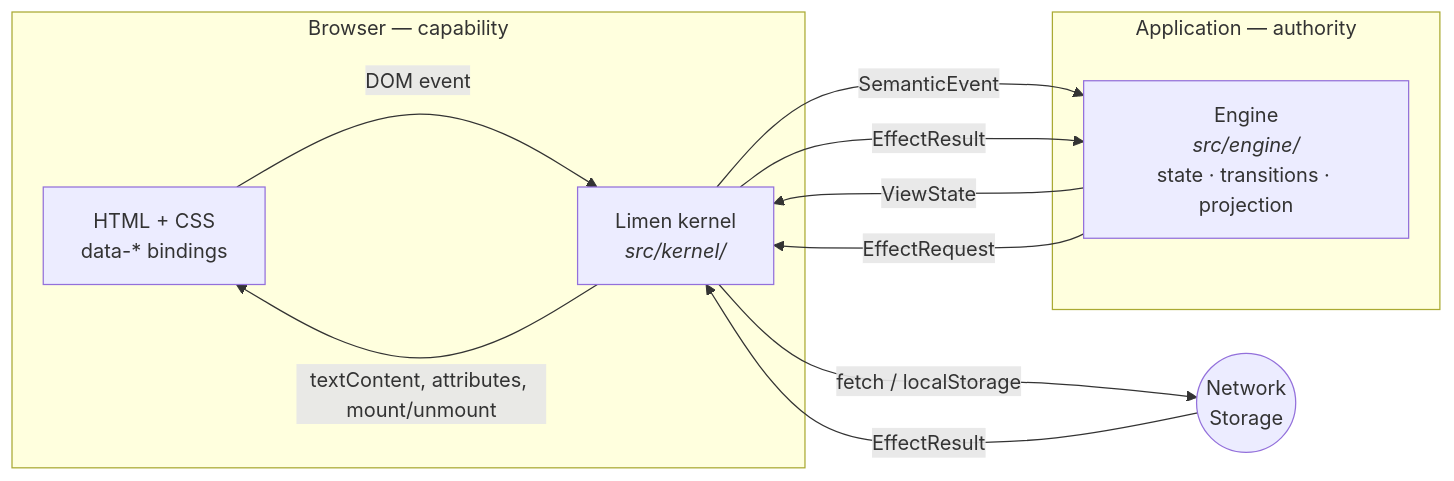
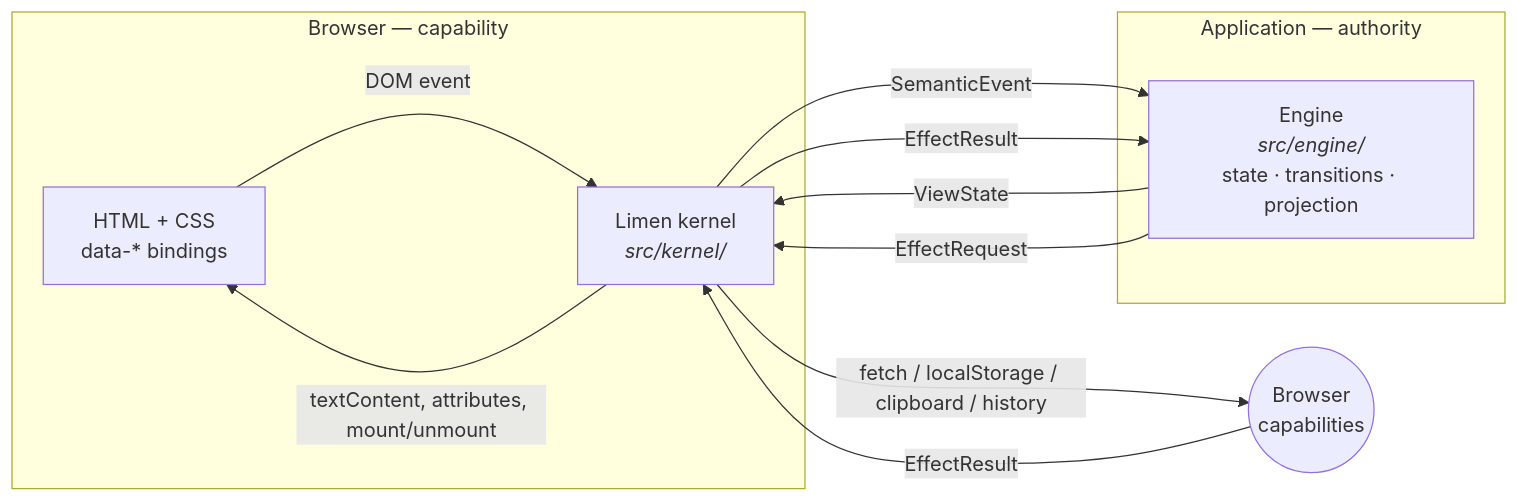
The diagram in README.md (kemiller2002/limen), drawn with Mermaid before and after one commit. The commit also changed other lines of this file and 46 other files, not shown here.

````diff
--- a/README.md
+++ b/README.md
@@ -45,19 +97,19 @@
 ```mermaid
 flowchart LR
     subgraph browser["Browser — capability"]
         DOM["HTML + CSS<br/>data-* bindings"]
         K["Limen kernel<br/><i>src/kernel/</i>"]
     end
     subgraph app["Application — authority"]
         E["Engine<br/><i>src/engine/</i><br/>state · transitions · projection"]
     end
 
     DOM -- "DOM event" --> K
     K -- "SemanticEvent" --> E
     E -- "ViewState" --> K
     K -- "textContent, attributes, mount/unmount" --> DOM
     E -- "EffectRequest" --> K
-    K -- "fetch / localStorage" --> X(("Network<br/>Storage"))
+    K -- "fetch / localStorage / clipboard / history" --> X(("Browser<br/>capabilities"))
     X -- "EffectResult" --> K
     K -- "EffectResult" --> E
 ```
````
